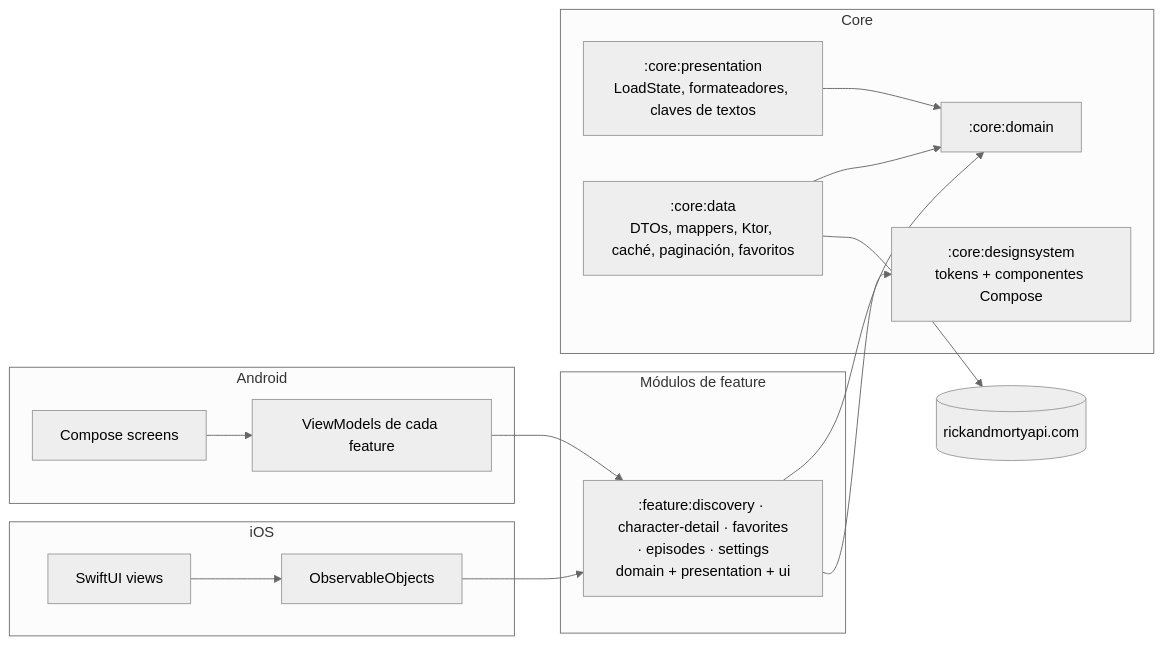
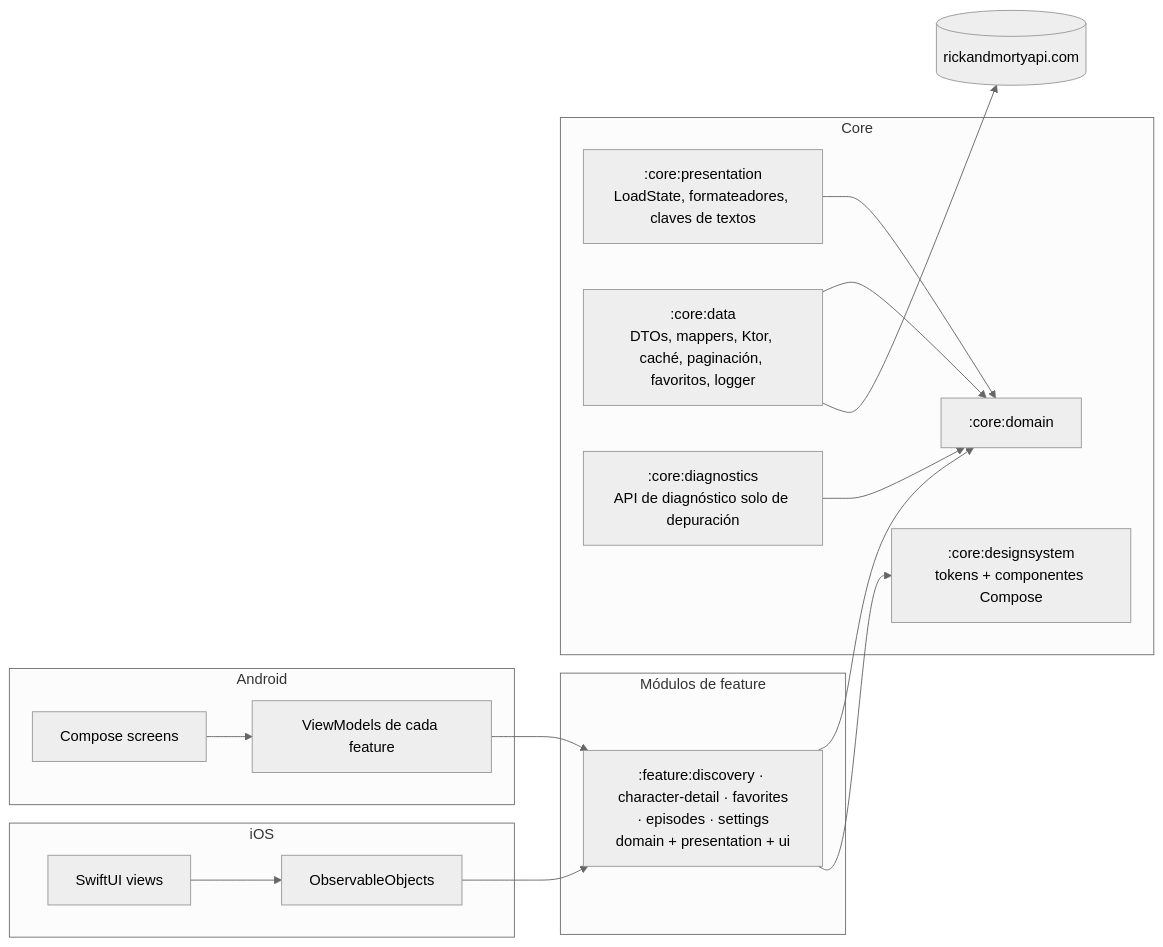
One commit to davidru85/RickAndMorty changed the diagram in README.es.md. Above: the diagram before and after it, drawn with Mermaid (neutral theme). The commit also changed other lines of this file and 13 other files, not shown here.

````diff
--- a/README.es.md
+++ b/README.es.md
@@ -84,25 +84,27 @@
 ```mermaid
 flowchart LR
     subgraph Android
         AC["Compose screens"] --> AVM["ViewModels de cada feature"]
     end
     subgraph iOS
         IV["SwiftUI views"] --> IO["ObservableObjects"]
     end
     AVM --> FEAT
     IO --> FEAT
     subgraph "Módulos de feature"
         FEAT[":feature:discovery · character-detail · favorites<br/>· episodes · settings<br/>domain + presentation + ui"]
     end
     FEAT --> CORE
     subgraph Core
         CORE[":core:domain"] 
         CP[":core:presentation<br/>LoadState, formateadores, claves de textos"]
-        CDA[":core:data<br/>DTOs, mappers, Ktor, caché, paginación, favoritos"]
+        CDA[":core:data<br/>DTOs, mappers, Ktor, caché, paginación, favoritos, logger"]
         CDS[":core:designsystem<br/>tokens + componentes Compose"]
+        CDG[":core:diagnostics<br/>API de diagnóstico solo de depuración"]
     end
     CDA --> CORE
     CP --> CORE
+    CDG --> CORE
     FEAT --> CDS
     CDA --> API[("rickandmortyapi.com")]
 ```
````
